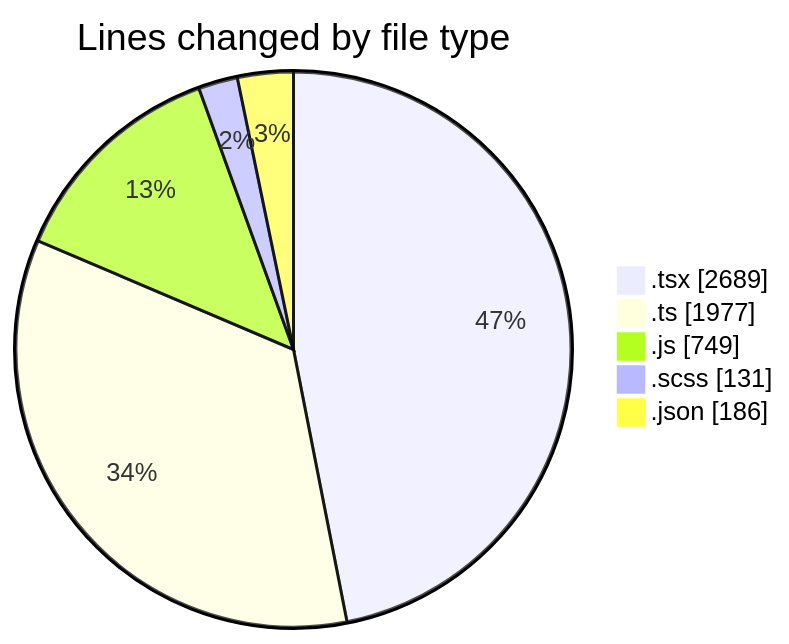
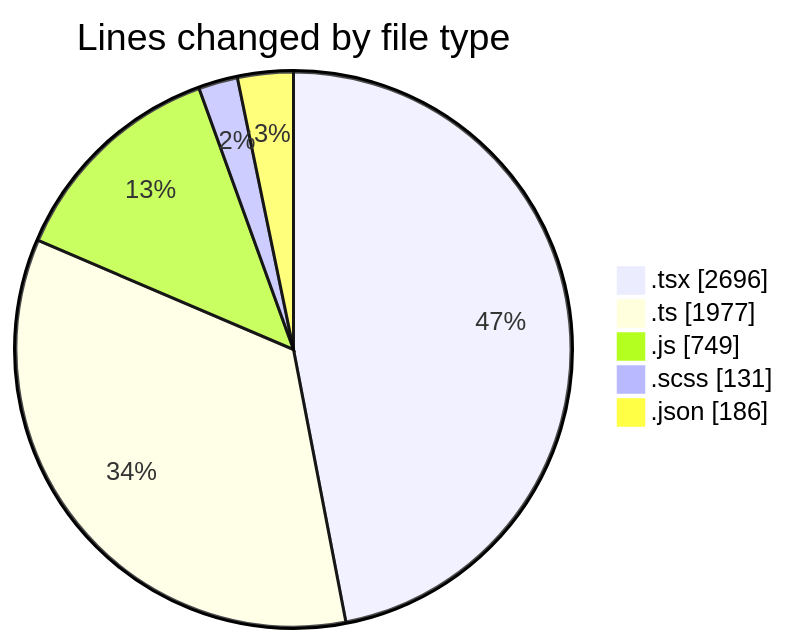
Before and after one commit to momahboobian/code-tracking: the first of 2 diagrams in 2026-06-11/cda/README.md, drawn with Mermaid. The commit also changed other lines of this file and 1 other file, not shown here.

````diff
--- a/2026-06-11/cda/README.md
+++ b/2026-06-11/cda/README.md
@@ -54,9 +54,9 @@
 ```mermaid
 pie showData
 title Lines changed by file type
-".tsx" : 2689
+".tsx" : 2696
 ".ts" : 1977
 ".js" : 749
 ".scss" : 131
 ".json" : 186
 ```
````
